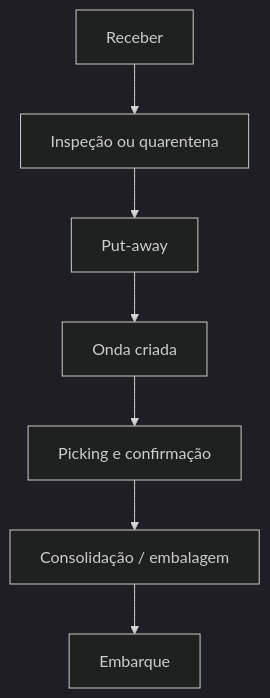
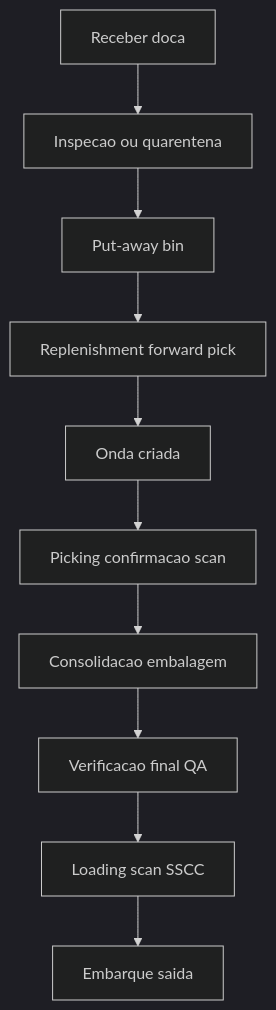
One commit to cleberhensel/logisticon-academy changed the first of 3 diagrams in aulas/trilha-tecnologia-e-sistemas/modulo-03-wms/aula-01-sinal-fisico-evento-wms.md. Above: the diagram before and after it, drawn with Mermaid (dark theme). The commit also changed other lines of this file and 122 other files, not shown here.

````diff
--- a/aulas/trilha-tecnologia-e-sistemas/modulo-03-wms/aula-01-sinal-fisico-evento-wms.md
+++ b/aulas/trilha-tecnologia-e-sistemas/modulo-03-wms/aula-01-sinal-fisico-evento-wms.md
@@ -37,11 +53,14 @@
 ```mermaid
 flowchart TD
-  R[Receber]
-  Q[Inspeção ou quarentena]
-  P[Put-away]
+  R[Receber doca]
+  Q[Inspecao ou quarentena]
+  P[Put-away bin]
+  REP[Replenishment forward pick]
   O[Onda criada]
-  K[Picking e confirmação]
-  C[Consolidação / embalagem]
-  E[Embarque]
-  R --> Q --> P --> O --> K --> C --> E
+  K[Picking confirmacao scan]
+  C[Consolidacao embalagem]
+  V[Verificacao final QA]
+  L[Loading scan SSCC]
+  E[Embarque saida]
+  R --> Q --> P --> REP --> O --> K --> C --> V --> L --> E
 ```
````
